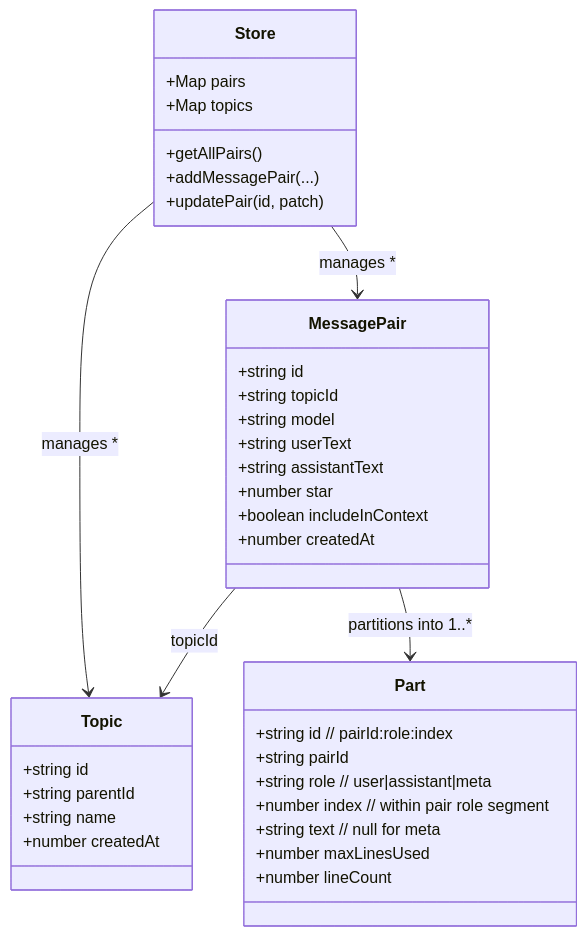
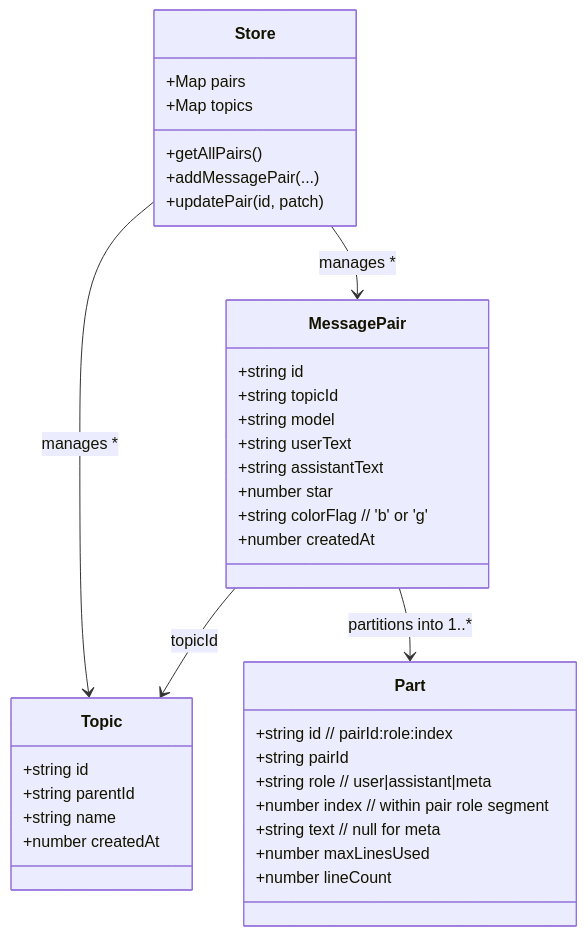
The diagram in docs/diagrams/02-data-model.md (ebuyakin/maichat), drawn with Mermaid before and after one commit. The commit also changed 23 other files, not shown here.

````diff
--- a/docs/diagrams/02-data-model.md
+++ b/docs/diagrams/02-data-model.md
@@ -3,43 +3,43 @@
 ```mermaid
 classDiagram
   class MessagePair {
     +string id
     +string topicId
     +string model
     +string userText
     +string assistantText
     +number star
-    +boolean includeInContext
+  +string colorFlag  // 'b' or 'g'
     +number createdAt
   }
 
   class Topic {
     +string id
     +string parentId
     +string name
     +number createdAt
   }
 
   class Part {
     +string id  // pairId:role:index
     +string pairId
     +string role  // user|assistant|meta
     +number index // within pair role segment
     +string text  // null for meta
     +number maxLinesUsed
     +number lineCount
   }
 
   class Store {
     +Map<string,MessagePair> pairs
     +Map<string,Topic> topics
     +getAllPairs()
     +addMessagePair(...)
     +updatePair(id, patch)
   }
 
   Store --> MessagePair : manages *
   Store --> Topic : manages *
   MessagePair --> Topic : topicId
   MessagePair --> Part : partitions into 1..*
 ```
````
